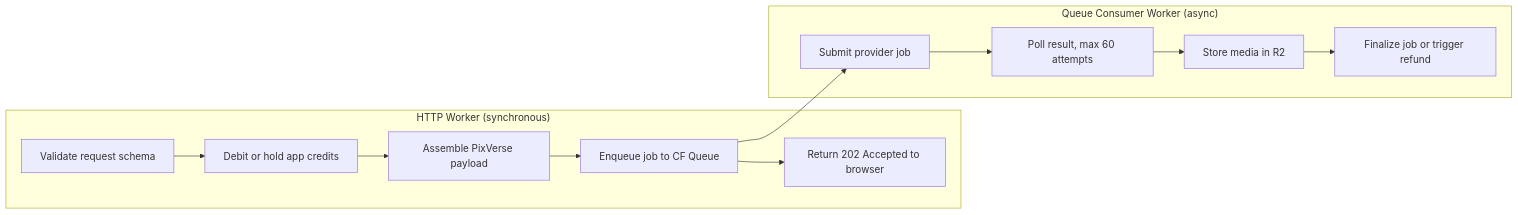
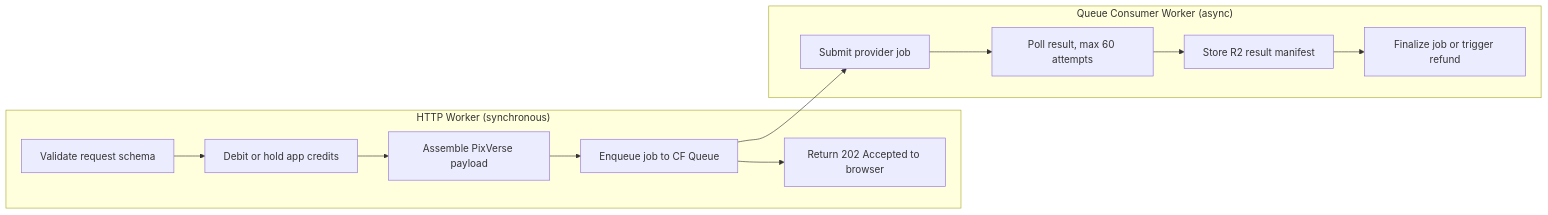
One commit to huijoohwee/knowgrph changed the fifth of 6 diagrams in docs/documents/knowgrph-strytree-prd-tad.md. Above: the diagram before and after it, drawn with Mermaid. The commit also changed other lines of this file and 229 other files, not shown here.

````diff
--- a/docs/documents/knowgrph-strytree-prd-tad.md
+++ b/docs/documents/knowgrph-strytree-prd-tad.md
@@ -1120,22 +1498,22 @@
 ```mermaid
 flowchart LR
   Validate["Validate request schema"]
   Debit["Debit or hold app credits"]
   Assemble["Assemble PixVerse payload"]
   Enqueue["Enqueue job to CF Queue"]
   Return202["Return 202 Accepted to browser"]
 
   subgraph HTTPWorker["HTTP Worker (synchronous)"]
     Validate --> Debit --> Assemble --> Enqueue --> Return202
   end
 
   subgraph ConsumerWorker["Queue Consumer Worker (async)"]
     Submit["Submit provider job"]
-    Poll["Poll result, max 60 attempts"]
-    Store["Store media in R2"]
+  Poll["Poll result, max 60 attempts"]
+  Store["Store R2 result manifest"]
     Complete["Finalize job or trigger refund"]
     Submit --> Poll --> Store --> Complete
   end
 
   Enqueue --> Submit
 ```
````
